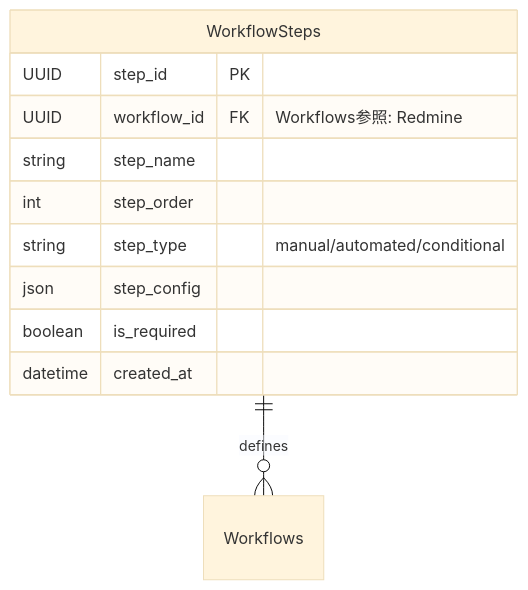
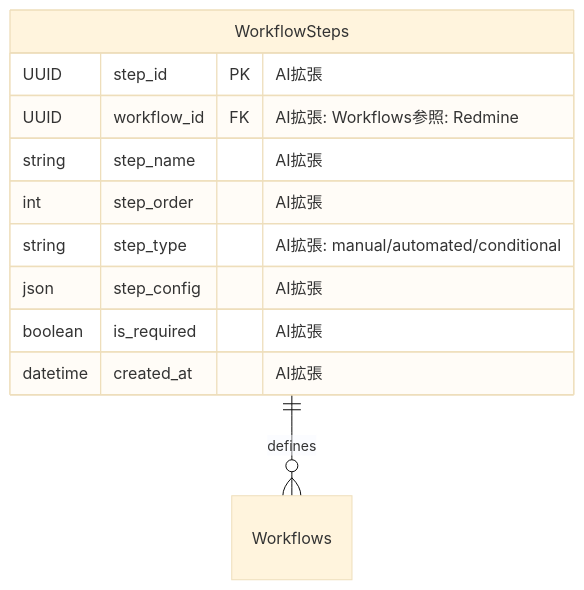
One commit to daichiTAAA/AgentOpsPlatform changed the tenth of 16 diagrams in docs/030000_設計/035000_データ設計/035010_ER図.md. Above: the diagram before and after it, drawn with Mermaid (base theme). The commit also changed other lines of this file, not shown here.

````diff
--- a/docs/030000_設計/035000_データ設計/035010_ER図.md
+++ b/docs/030000_設計/035000_データ設計/035010_ER図.md
@@ -602,15 +753,15 @@
 ```mermaid
 erDiagram
     WorkflowSteps {
-        UUID step_id PK
-        UUID workflow_id FK "Workflows参照: Redmine"
-        string step_name
-        int step_order
-        string step_type "manual/automated/conditional"
-        json step_config
-        boolean is_required
-        datetime created_at
+        UUID step_id PK "AI拡張"
+        UUID workflow_id FK "AI拡張: Workflows参照: Redmine"
+        string step_name "AI拡張"
+        int step_order "AI拡張"
+        string step_type "AI拡張: manual/automated/conditional"
+        json step_config "AI拡張"
+        boolean is_required "AI拡張"
+        datetime created_at "AI拡張"
     }
 
     WorkflowSteps ||--o{ Workflows : defines
 ```
````
